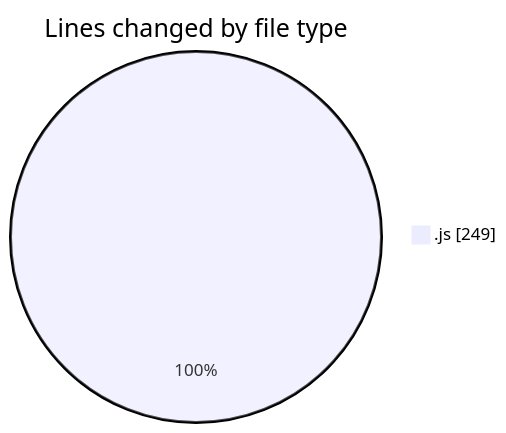
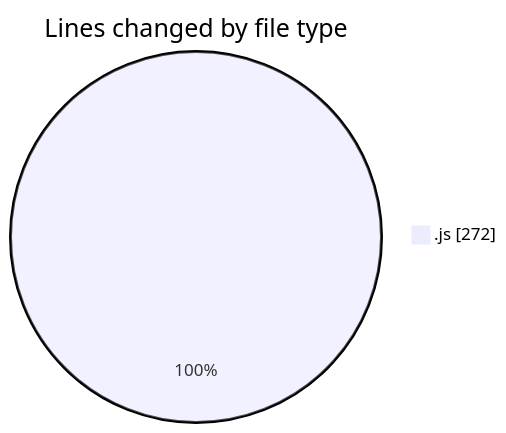
One commit to Ritupan-Deka/code-tracking changed the first of 2 diagrams in 2025-07-17/mern-workoutboard/README.md. Above: the diagram before and after it, drawn with Mermaid. The commit also changed other lines of this file and 1 other file, not shown here.

````diff
--- a/2025-07-17/mern-workoutboard/README.md
+++ b/2025-07-17/mern-workoutboard/README.md
@@ -21,5 +21,5 @@
 ```mermaid
 pie showData
 title Lines changed by file type
-".js" : 249
+".js" : 272
 ```
````
